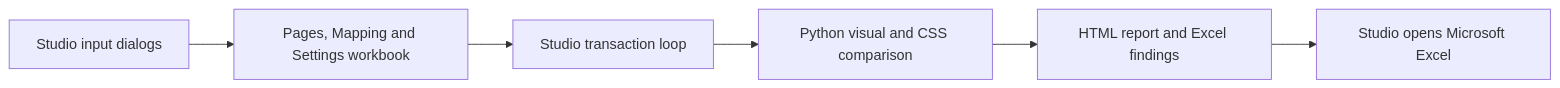
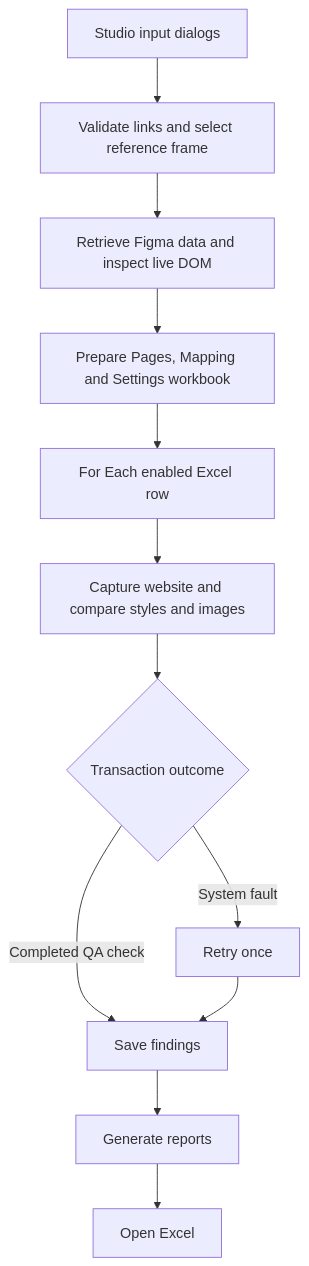
One commit to Srinivas984/DesignQA changed the diagram in README.md. Above: the diagram before and after it, drawn with Mermaid. The commit also changed other lines of this file and 16 other files, not shown here.

````diff
--- a/README.md
+++ b/README.md
@@ -35,8 +104,14 @@
 ```mermaid
-flowchart LR
-    A["Studio input dialogs"] --> B["Pages, Mapping and Settings workbook"]
-    B --> C["Studio transaction loop"]
-    C --> D["Python visual and CSS comparison"]
-    D --> E["HTML report and Excel findings"]
-    E --> F["Studio opens Microsoft Excel"]
+flowchart TD
+    A[Studio input dialogs] --> B[Validate links and select reference frame]
+    B --> C[Retrieve Figma data and inspect live DOM]
+    C --> D[Prepare Pages, Mapping and Settings workbook]
+    D --> E[For Each enabled Excel row]
+    E --> F[Capture website and compare styles and images]
+    F --> G{Transaction outcome}
+    G -->|Completed QA check| H[Save findings]
+    G -->|System fault| I[Retry once]
+    I --> H
+    H --> J[Generate reports]
+    J --> K[Open Excel]
 ```
````
